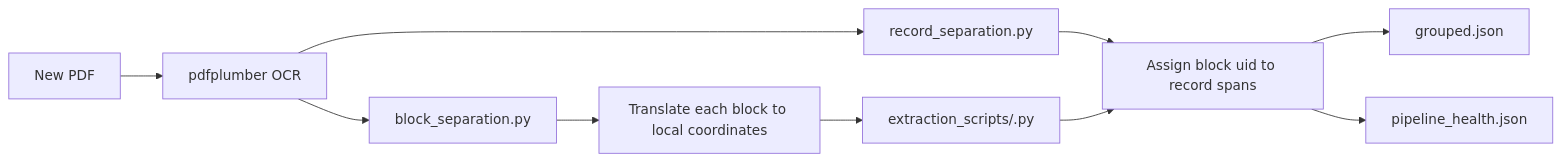
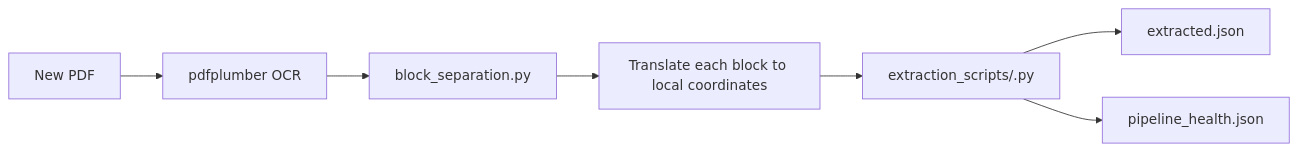
The fourth of 6 diagrams in README.md (riccardobollati/twix_2), drawn with Mermaid before and after one commit. The commit also changed other lines of this file and 29 other files, not shown here.

Commit message:
Refactor pipeline orchestration and evaluation flow

````diff
--- a/README.md
+++ b/README.md
@@ -334,12 +332,9 @@
 ```mermaid
 flowchart LR
     PDF["New PDF"] --> OCR["pdfplumber OCR"]
-    OCR --> REC["record_separation.py"]
     OCR --> BLK["block_separation.py"]
     BLK --> REL["Translate each block to local coordinates"]
     REL --> EX["extraction_scripts/<node_id>.py"]
-    REC --> GROUP["Assign block uid to record spans"]
-    EX --> GROUP
-    GROUP --> JSON["grouped.json"]
-    GROUP --> HEALTH["pipeline_health.json"]
+    EX --> JSON["extracted.json"]
+    EX --> HEALTH["pipeline_health.json"]
 ```
````
